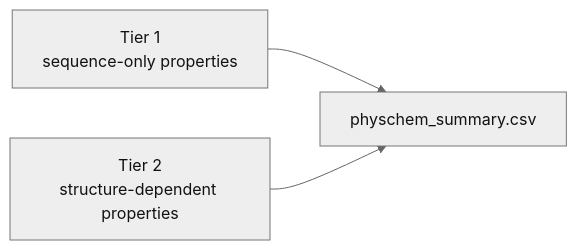
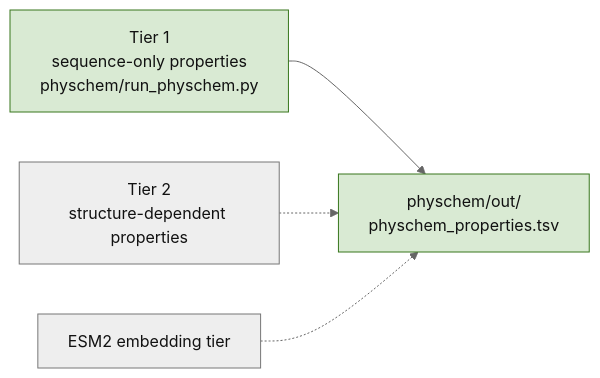
One commit to abhijnarc/binderpipeline changed the second of 2 diagrams in README.md. Above: the diagram before and after it, drawn with Mermaid (neutral theme). The commit also changed other lines of this file and 9 other files, not shown here.

First line of the commit message:
Add sequence-only physicochemical descriptor pipeline (Tier 1)

````diff
--- a/README.md
+++ b/README.md
@@ -74,7 +77,10 @@
 ```mermaid
 flowchart LR
-  A["Tier 1<br/>sequence-only properties"] --> C["physchem_summary.csv"]
-  B["Tier 2<br/>structure-dependent properties"] --> C
+  A["Tier 1<br/>sequence-only properties<br/>physchem/run_physchem.py"] --> C["physchem/out/<br/>physchem_properties.tsv"]
+  B["Tier 2<br/>structure-dependent properties"] -.-> C
+  D["ESM2 embedding tier"] -.-> C
+  classDef ready fill:#d9ead3,stroke:#38761d,color:#111;
   classDef planned fill:#eeeeee,stroke:#777,color:#111;
-  class A,B,C planned;
+  class A,C ready;
+  class B,D planned;
 ```
````
